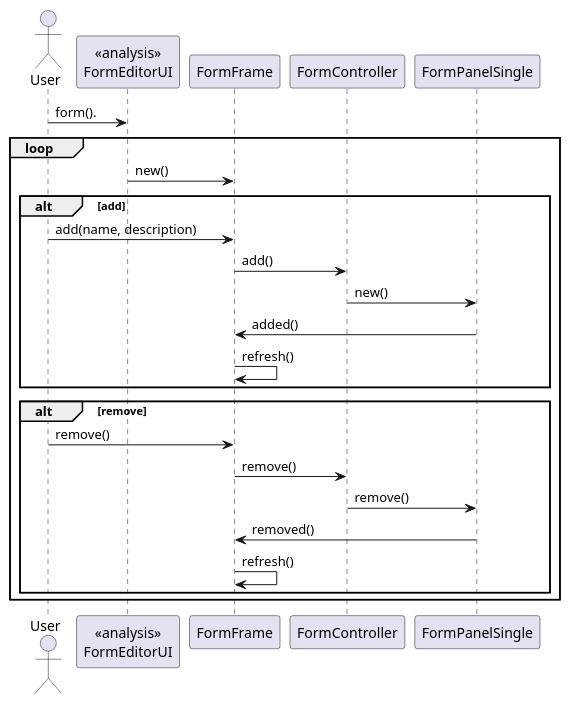
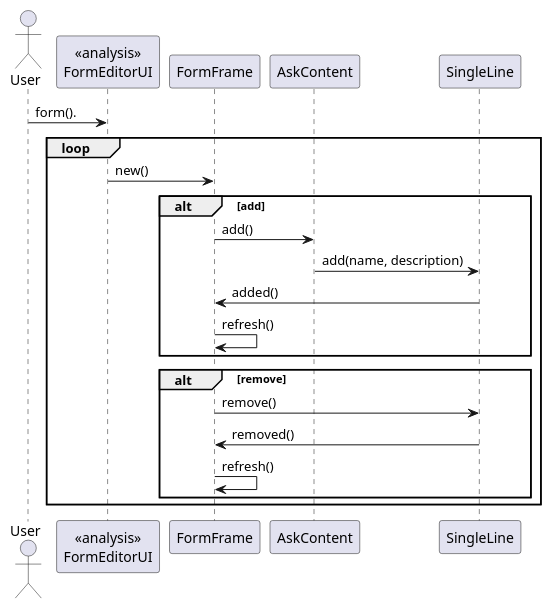
Before and after one commit to RubenTeixeira/cleansheets_isep_2dg_2016: the diagram in src/main/java/csheets/worklog/n1141042/sprint2/forms_editor_design.puml, drawn with PlantUML. The commit also changed 2 other files, not shown here.

```diff
--- a/src/main/java/csheets/worklog/n1141042/sprint2/forms_editor_design.puml
+++ b/src/main/java/csheets/worklog/n1141042/sprint2/forms_editor_design.puml
@@ -1,28 +1,25 @@
-@startuml doc-files/chat_app_analysis.png
+@startuml doc-files/forms_editor_design.png
 
 actor User
 participant "<<analysis>>\nFormEditorUI" as FormEditorUI
 
 
 
 User->FormEditorUI: form().
 loop
 FormEditorUI->FormFrame: new()
 alt add
-User->FormFrame: add(name, description)
-FormFrame->FormController: add()
-FormController->FormPanelSingle: new()
-FormPanelSingle->FormFrame:added()
+FormFrame->AskContent: add()
+AskContent->SingleLine:add(name, description)
+SingleLine->FormFrame: added()
 FormFrame->FormFrame: refresh()
 end
 alt remove
-User->FormFrame: remove()
-FormFrame->FormController: remove()
-FormController->FormPanelSingle: remove()
-FormPanelSingle->FormFrame:removed()
+FormFrame->SingleLine: remove()
+SingleLine->FormFrame: removed()
 FormFrame->FormFrame: refresh()
 end
 
 end
 
 @enduml
```
